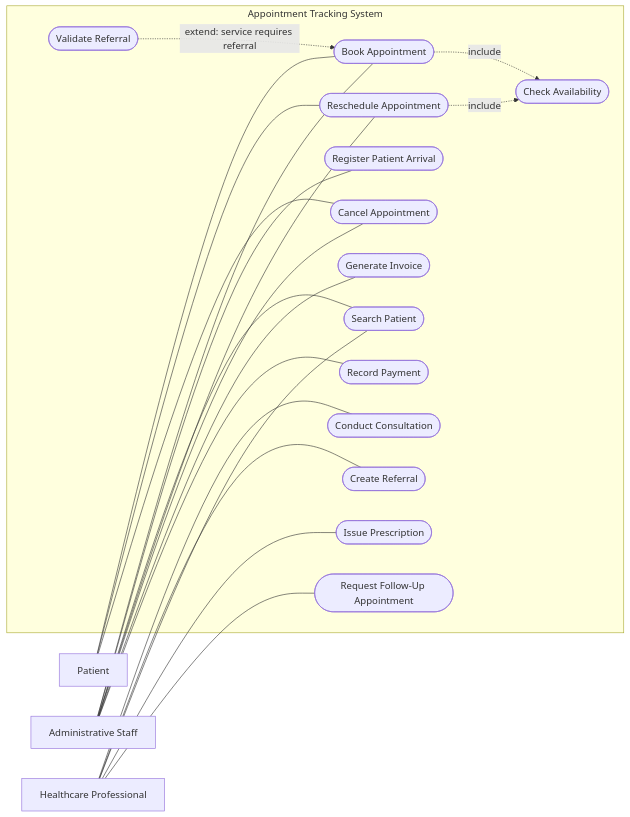
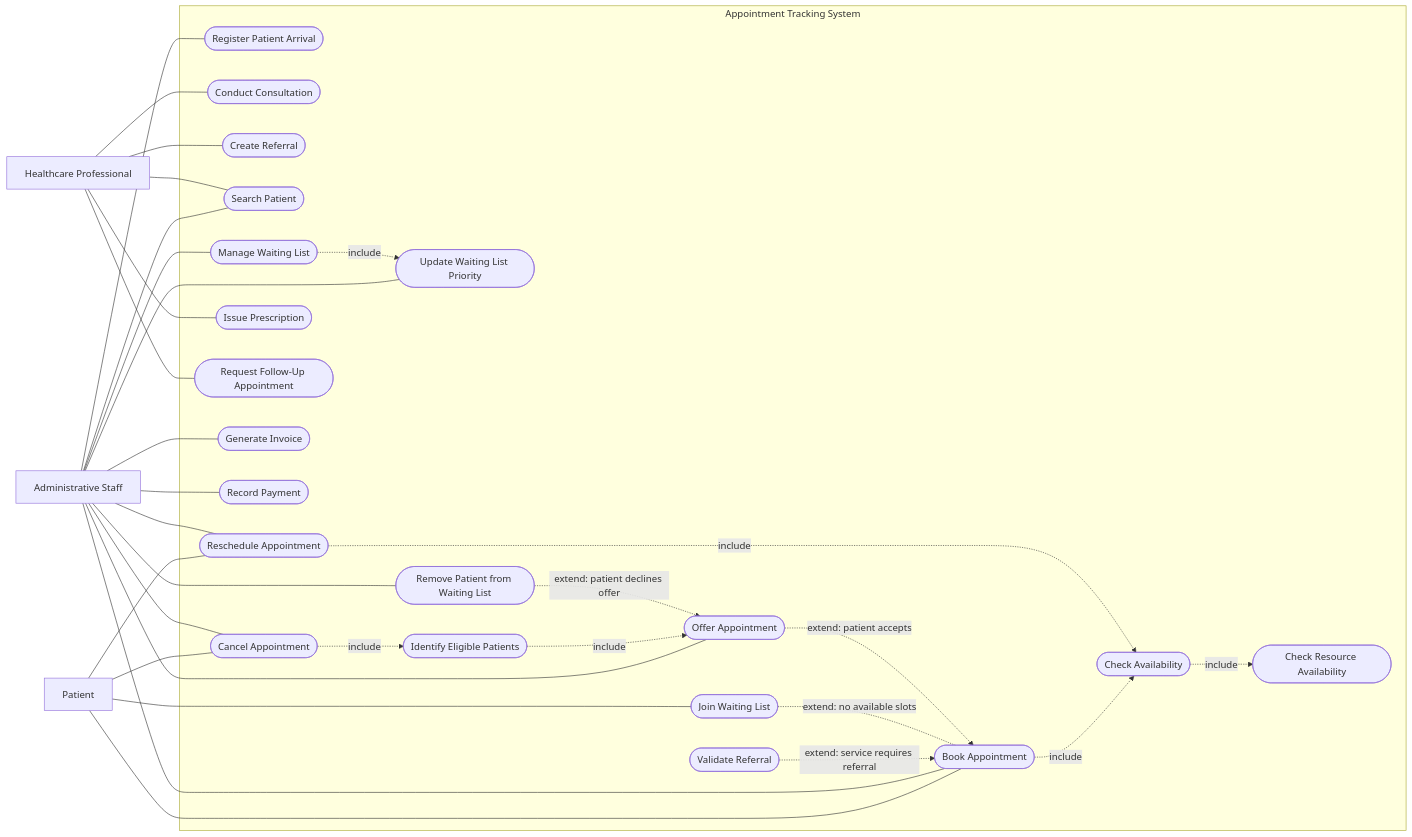
One commit to paul-sans-l/SOEN342_F26_PROJECT changed the diagram in docs/Use_Case_Model/Use_Case_Model.md. Above: the diagram before and after it, drawn with Mermaid. The commit also changed other lines of this file and 1 other file, not shown here.

````diff
--- a/docs/Use_Case_Model/Use_Case_Model.md
+++ b/docs/Use_Case_Model/Use_Case_Model.md
@@ -122,48 +161,71 @@
 ```mermaid
 flowchart LR
 
     Patient["Patient"]
     Staff["Administrative Staff"]
     HCP["Healthcare Professional"]
 
     subgraph ATS["Appointment Tracking System"]
         Book(["Book Appointment"])
         Arrival(["Register Patient Arrival"])
         Consult(["Conduct Consultation"])
         Referral(["Create Referral"])
 
         Search(["Search Patient"])
         Reschedule(["Reschedule Appointment"])
         Cancel(["Cancel Appointment"])
         Prescription(["Issue Prescription"])
         FollowUp(["Request Follow-Up Appointment"])
         Invoice(["Generate Invoice"])
         Payment(["Record Payment"])
 
         Availability(["Check Availability"])
         Validate(["Validate Referral"])
+        Resources(["Check Resource Availability"])
+
+        JoinWait(["Join Waiting List"])
+        Offer(["Offer Appointment"])
+        ManageWait(["Manage Waiting List"])
+        Priority(["Update Waiting List Priority"])
+        Identify(["Identify Eligible Patients"])
+        Remove(["Remove Patient from Waiting List"])
     end
 
     Patient --- Book
     Patient --- Reschedule
     Patient --- Cancel
+    Patient --- JoinWait
 
     Staff --- Book
     Staff --- Arrival
     Staff --- Search
     Staff --- Reschedule
     Staff --- Cancel
     Staff --- Invoice
     Staff --- Payment
+    Staff --- Offer
+    Staff --- ManageWait
+    Staff --- Priority
+    Staff --- Remove
 
     HCP --- Consult
     HCP --- Referral
     HCP --- Search
     HCP --- Prescription
     HCP --- FollowUp
 
     Book -.->|include| Availability
     Reschedule -.->|include| Availability
+    Availability -.->|include| Resources
 
     Validate -.->|extend: service requires referral| Book
+
+    JoinWait -.-|extend: no available slots| Book
+
+    Cancel -.->|include| Identify
+    Identify -.->|include| Offer
+    Offer -.->|extend: patient accepts| Book
+    Remove -.->|extend: patient declines offer| Offer
+
+    ManageWait -.->|include| Priority
 ```
````
